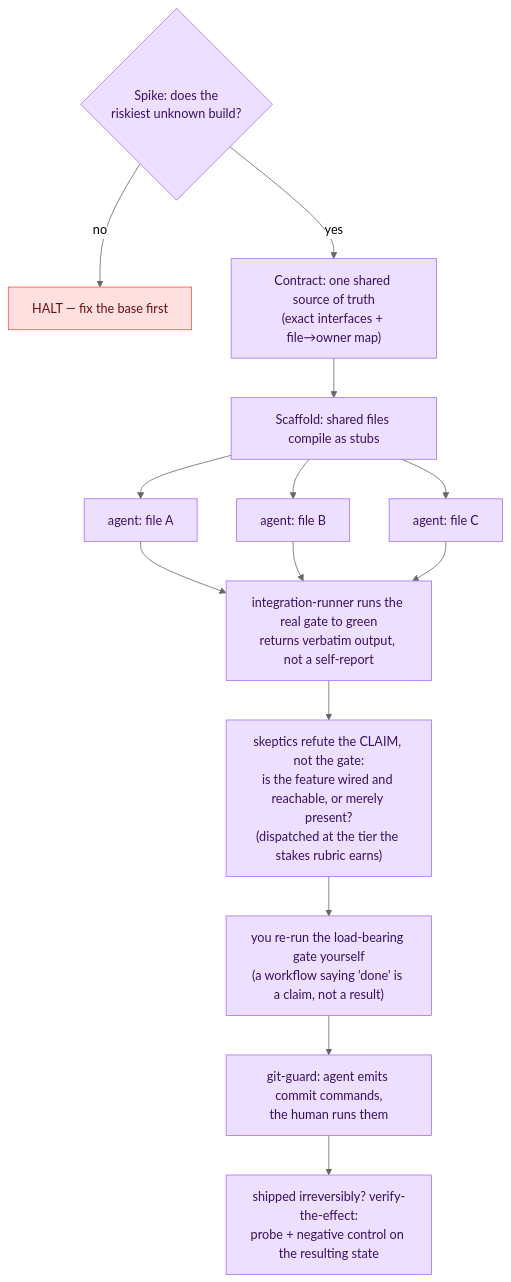
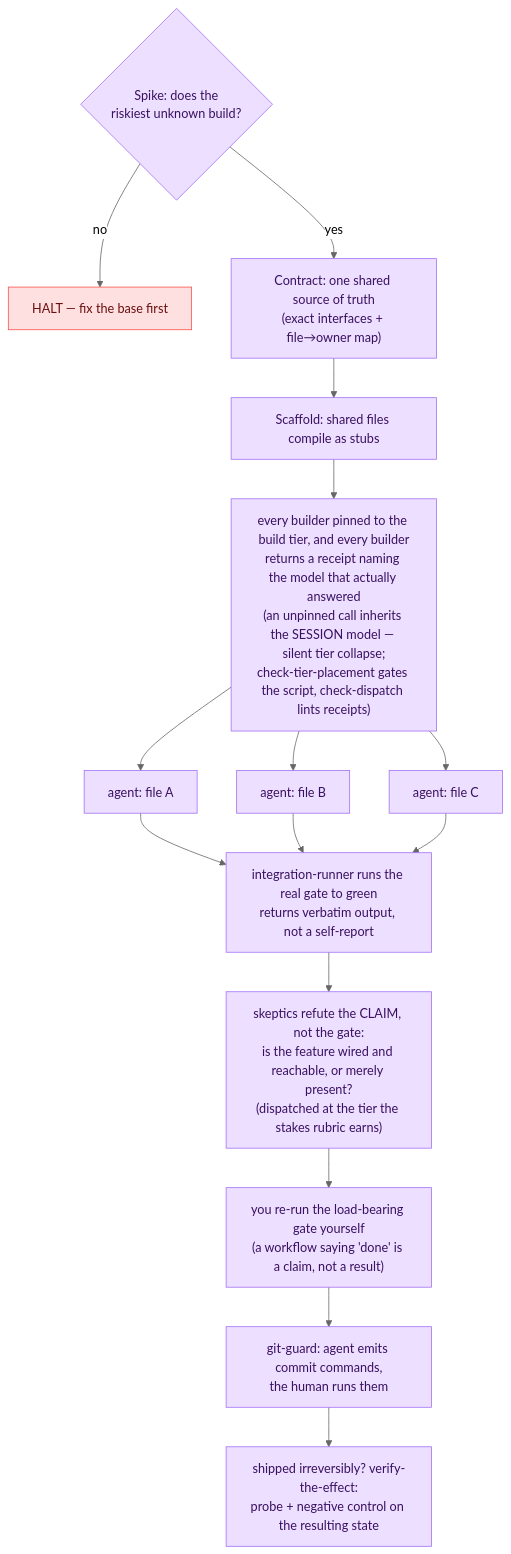
One commit to hossainpazooki/rigor changed the fourth of 4 diagrams in README.md. Above: the diagram before and after it, drawn with Mermaid (neutral theme). The commit also changed other lines of this file, not shown here.

Commit message:
docs: README — tier pins/receipts in fan-out, data-eng temporal gap, 8 gates

````diff
--- a/README.md
+++ b/README.md
@@ -179,17 +179,18 @@
 ```mermaid
 flowchart TD
     SP{"Spike: does the<br/>riskiest unknown build?"} -->|no| H["HALT — fix the base first"]
     SP -->|yes| C["Contract: one shared source of truth<br/>(exact interfaces + file→owner map)"]
     C --> SC["Scaffold: shared files compile as stubs"]
-    SC --> B1["agent: file A"] & B2["agent: file B"] & B3["agent: file C"]
+    SC --> PIN["every builder pinned to the build tier, and every builder<br/>returns a receipt naming the model that actually answered<br/>(an unpinned call inherits the SESSION model — silent tier collapse;<br/>check-tier-placement gates the script, check-dispatch lints receipts)"]
+    PIN --> B1["agent: file A"] & B2["agent: file B"] & B3["agent: file C"]
     B1 & B2 & B3 --> IG["integration-runner runs the real gate to green<br/>returns verbatim output, not a self-report"]
     IG --> SKV["skeptics refute the CLAIM, not the gate:<br/>is the feature wired and reachable, or merely present?<br/>(dispatched at the tier the stakes rubric earns)"]
     SKV --> RV["you re-run the load-bearing gate yourself<br/>(a workflow saying 'done' is a claim, not a result)"]
     RV --> GC["git-guard: agent emits commit commands,<br/>the human runs them"]
     GC --> VE["shipped irreversibly? verify-the-effect:<br/>probe + negative control on the resulting state"]
 
     classDef p3 fill:#ecdfff,stroke:#a371f7,color:#3a1060;
     classDef halt fill:#ffe0e0,stroke:#f85149,color:#6a0d0d;
-    class SP,C,SC,B1,B2,B3,IG,SKV,RV,GC,VE p3;
+    class SP,C,SC,PIN,B1,B2,B3,IG,SKV,RV,GC,VE p3;
     class H halt;
 ```
````
